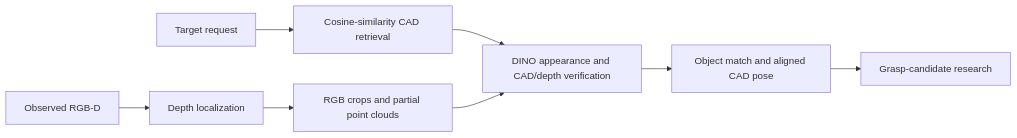
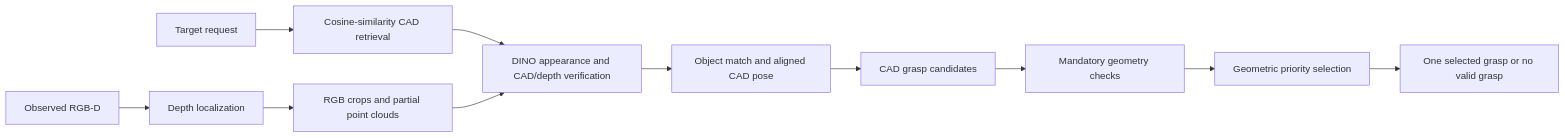
One commit to Jiabao-Zhao/A-novel-Robotic-Vision-System-for-Object-Identification changed the diagram in README.md. Above: the diagram before and after it, drawn with Mermaid. The commit also changed other lines of this file and 23 other files, not shown here.

````diff
--- a/README.md
+++ b/README.md
@@ -7,10 +7,13 @@
 ```mermaid
 flowchart LR
     A[Target request] --> B[Cosine-similarity CAD retrieval]
     C[Observed RGB-D] --> D[Depth localization]
     D --> E[RGB crops and partial point clouds]
     B --> F[DINO appearance and CAD/depth verification]
     E --> F
     F --> G[Object match and aligned CAD pose]
-    G --> H[Grasp-candidate research]
+    G --> H[CAD grasp candidates]
+    H --> I[Mandatory geometry checks]
+    I --> J[Geometric priority selection]
+    J --> K[One selected grasp or no valid grasp]
 ```
````
